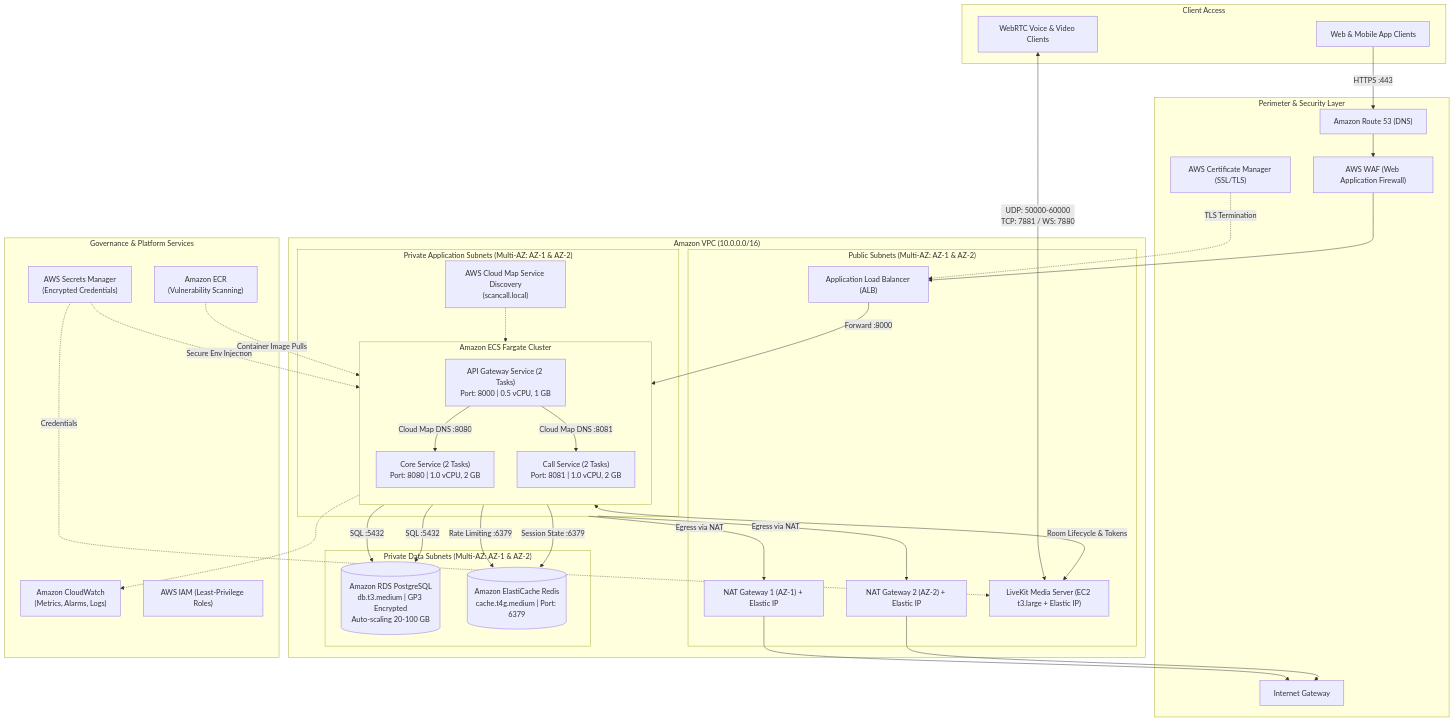
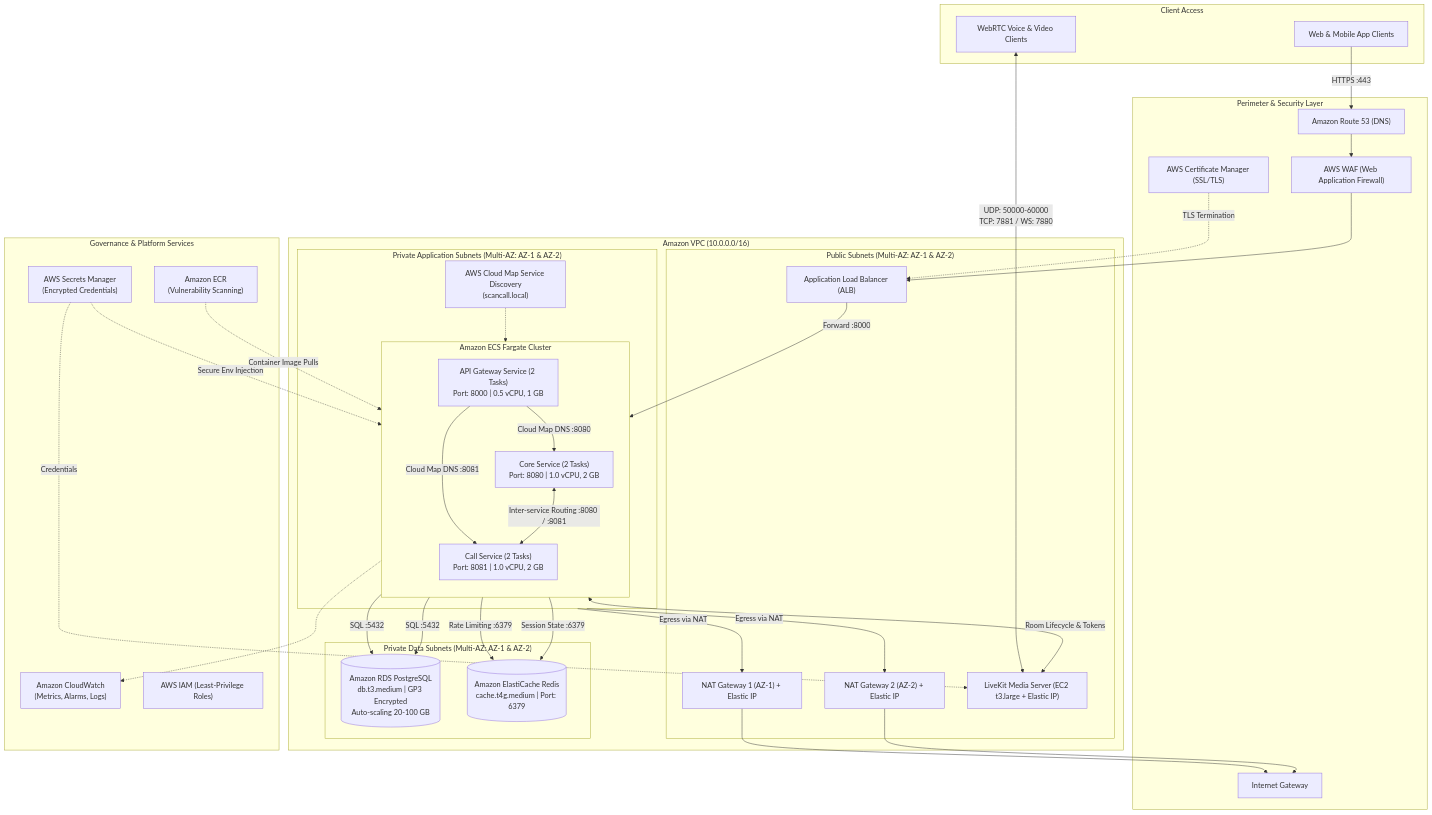
Before and after one commit to Devinivishaka/scancall_terraform: the diagram in ARCHITECTURE.md, drawn with Mermaid. The commit also changed other lines of this file and 5 other files, not shown here.

Commit message:
refactor: update security groups and architecture docs for inter-service routing between core and call services

```diff
--- a/ARCHITECTURE.md
+++ b/ARCHITECTURE.md
@@ -72,6 +72,7 @@
     %% Internal Microservices Routing
     APIGW -->|Cloud Map DNS :8080| CoreSvc
     APIGW -->|Cloud Map DNS :8081| CallSvc
+    CoreSvc <-->|Inter-service Routing :8080 / :8081| CallSvc
     CallSvc <-->|Room Lifecycle & Tokens| LiveKit
     CloudMap -.-> ECSCluster
 
```
